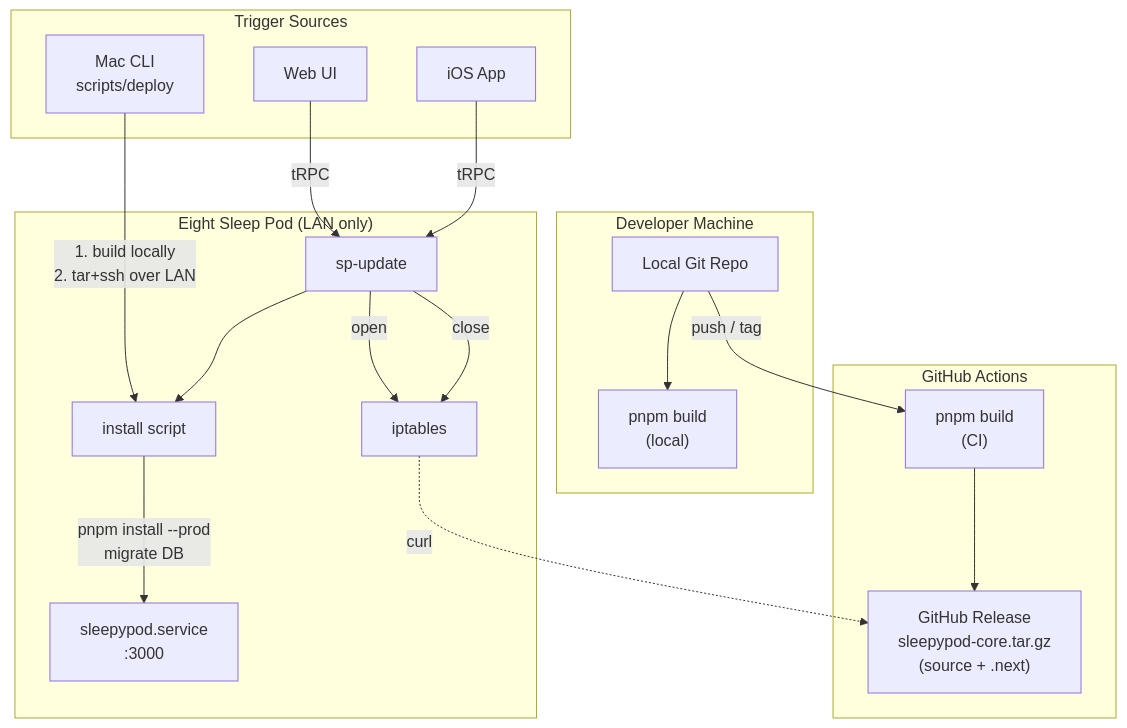
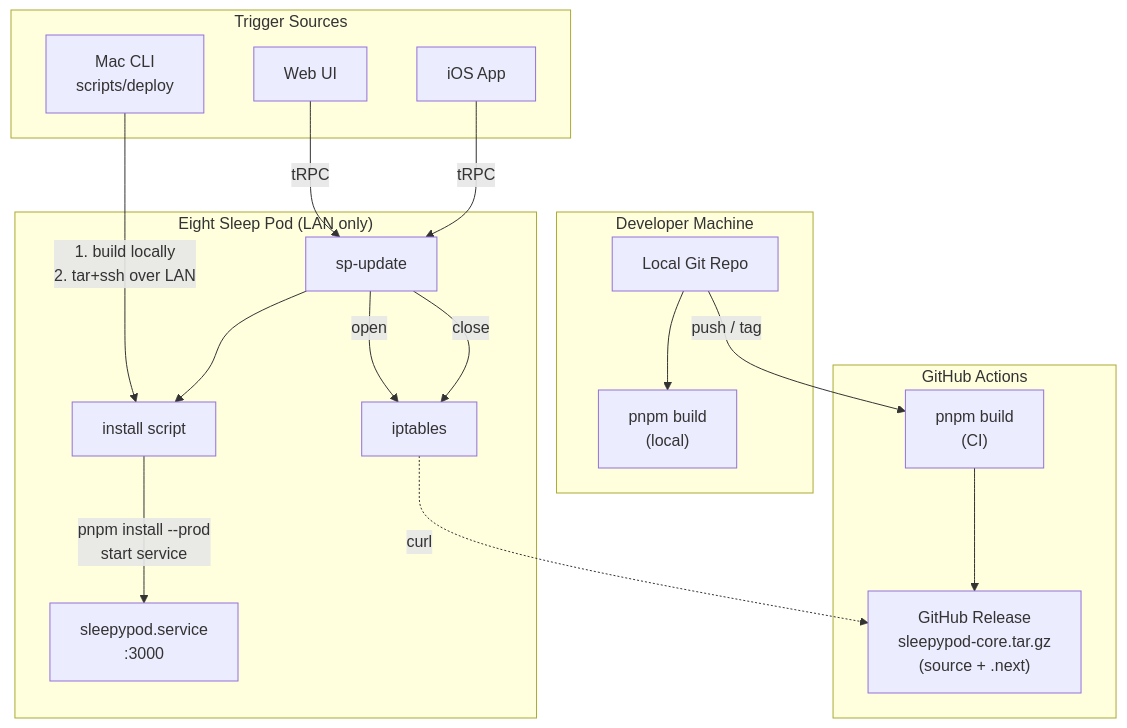
Before and after one commit to sleepypod/core: the diagram in docs/DEPLOYMENT.md, drawn with Mermaid. The commit also changed other lines of this file and 4 other files, not shown here.

````diff
--- a/docs/DEPLOYMENT.md
+++ b/docs/DEPLOYMENT.md
@@ -9,40 +9,40 @@
 ```mermaid
 flowchart TB
     subgraph dev["Developer Machine"]
         repo["Local Git Repo"]
         build_local["pnpm build<br/>(local)"]
     end
 
     subgraph ci["GitHub Actions"]
         build_ci["pnpm build<br/>(CI)"]
         release["GitHub Release<br/>sleepypod-core.tar.gz<br/>(source + .next)"]
     end
 
     subgraph pod["Eight Sleep Pod (LAN only)"]
         spupdate["sp-update"]
         install["install script"]
         iptables["iptables"]
         service["sleepypod.service<br/>:3000"]
     end
 
     subgraph trigger["Trigger Sources"]
         mac["Mac CLI<br/>scripts/deploy"]
         web["Web UI"]
         ios["iOS App"]
     end
 
     repo --> build_local
     repo -->|"push / tag"| build_ci
     build_ci --> release
 
     mac -->|"1. build locally<br/>2. tar+ssh over LAN"| install
     web -->|"tRPC"| spupdate
     ios -->|"tRPC"| spupdate
 
     spupdate -->|"open"| iptables
     iptables -.->|"curl"| release
     spupdate -->|"close"| iptables
     spupdate --> install
 
-    install -->|"pnpm install --prod<br/>migrate DB"| service
+    install -->|"pnpm install --prod<br/>start service"| service
 ```
````
